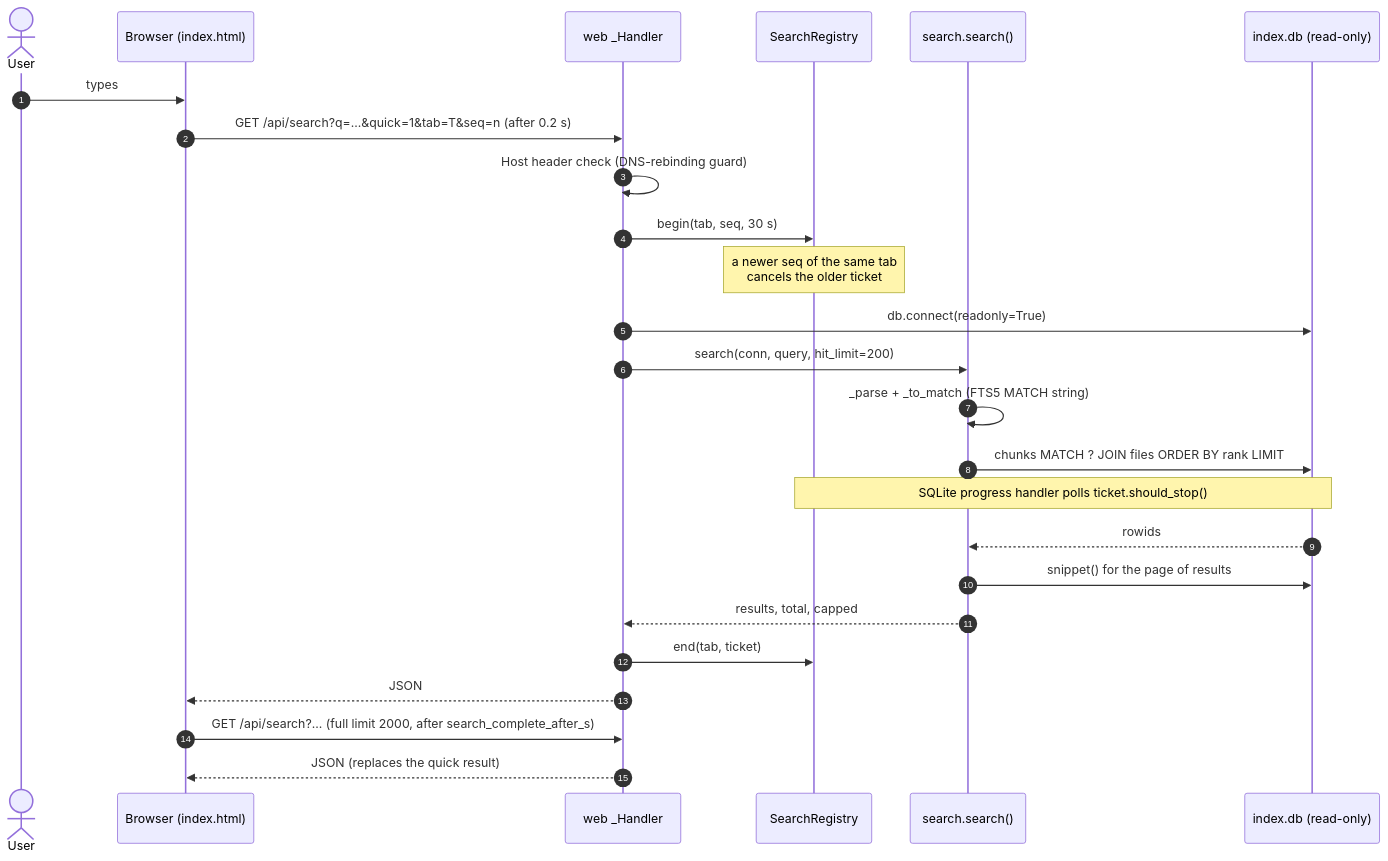
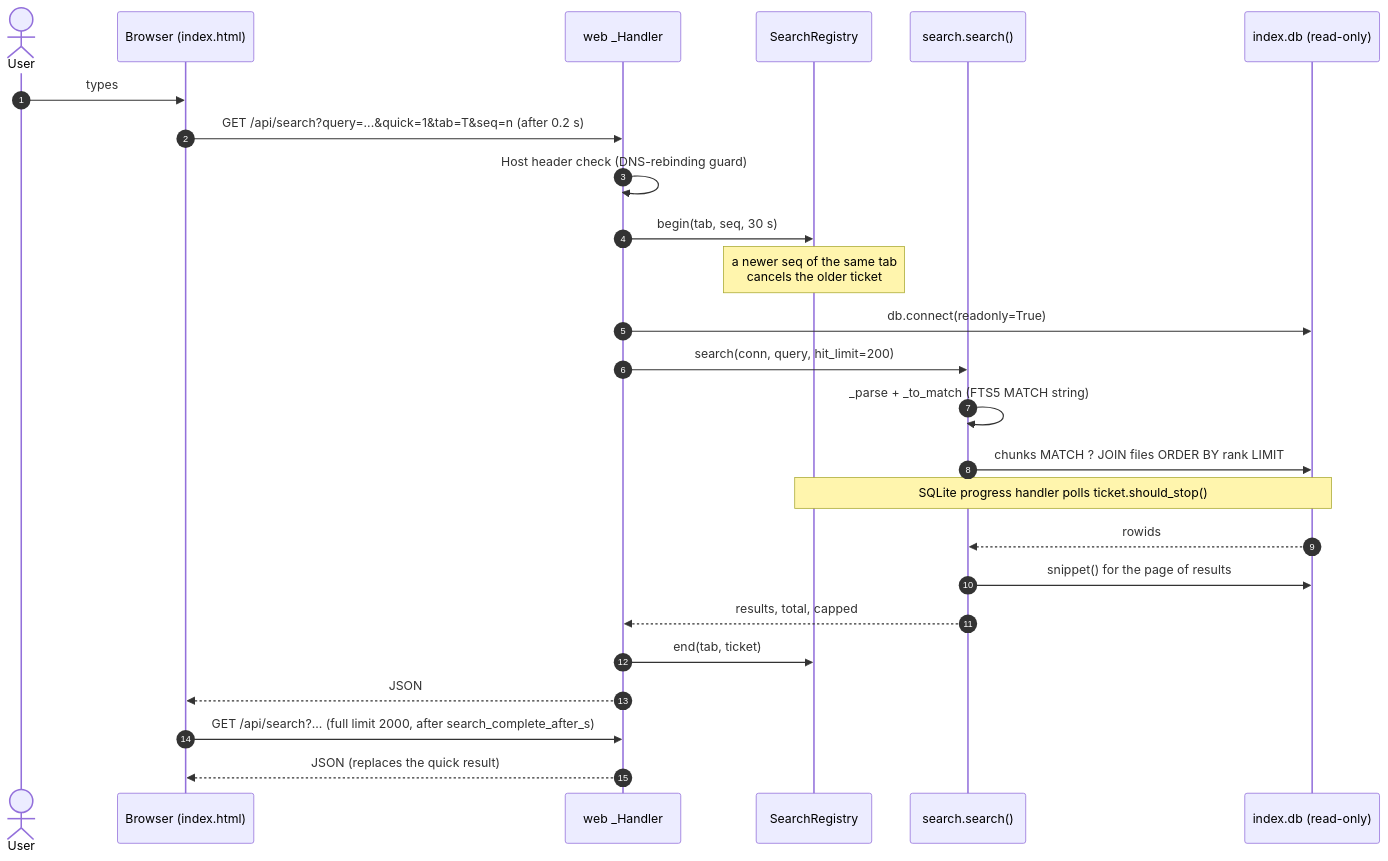
One commit to igrowing/sindex changed the eighth of 15 diagrams in architecture.md. Above: the diagram before and after it, drawn with Mermaid. The commit also changed 11 other files, not shown here.

````diff
--- a/architecture.md
+++ b/architecture.md
@@ -562,28 +562,28 @@
 ```mermaid
 sequenceDiagram
     autonumber
     actor U as User
     participant B as Browser (index.html)
     participant H as web _Handler
     participant S as SearchRegistry
     participant Q as search.search()
     participant D as index.db (read-only)
 
     U->>B: types
-    B->>H: GET /api/search?q=...&quick=1&tab=T&seq=n (after 0.2 s)
+    B->>H: GET /api/search?query=...&quick=1&tab=T&seq=n (after 0.2 s)
     H->>H: Host header check (DNS-rebinding guard)
     H->>S: begin(tab, seq, 30 s)
     Note over S: a newer seq of the same tab<br/>cancels the older ticket
     H->>D: db.connect(readonly=True)
     H->>Q: search(conn, query, hit_limit=200)
     Q->>Q: _parse + _to_match (FTS5 MATCH string)
     Q->>D: chunks MATCH ? JOIN files ORDER BY rank LIMIT
     Note over D,S: SQLite progress handler polls ticket.should_stop()
     D-->>Q: rowids
     Q->>D: snippet() for the page of results
     Q-->>H: results, total, capped
     H->>S: end(tab, ticket)
     H-->>B: JSON
     B->>H: GET /api/search?... (full limit 2000, after search_complete_after_s)
     H-->>B: JSON (replaces the quick result)
 ```
````
